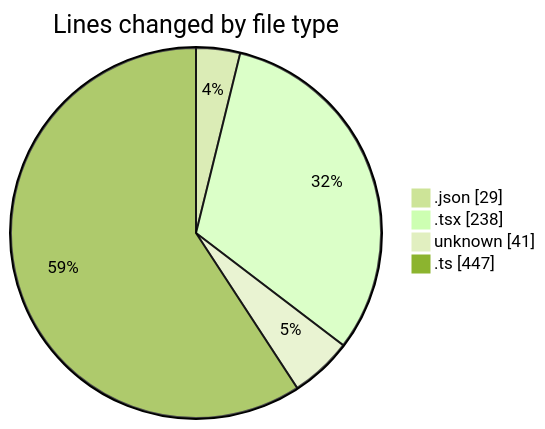
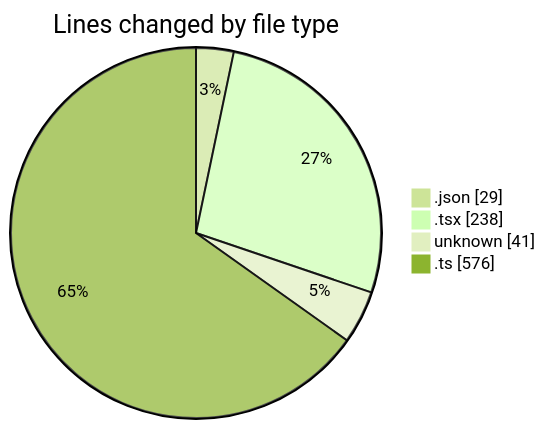
Before and after one commit to momahboobian/code-tracking: the first of 2 diagrams in 2025-06-09/cda/README.md, drawn with Mermaid (forest theme). The commit also changed other lines of this file and 1 other file, not shown here.

````diff
--- a/2025-06-09/cda/README.md
+++ b/2025-06-09/cda/README.md
@@ -23,8 +24,8 @@
 ```mermaid
 pie showData
 title Lines changed by file type
 ".json" : 29
 ".tsx" : 238
 "unknown" : 41
-".ts" : 447
+".ts" : 576
 ```
````
